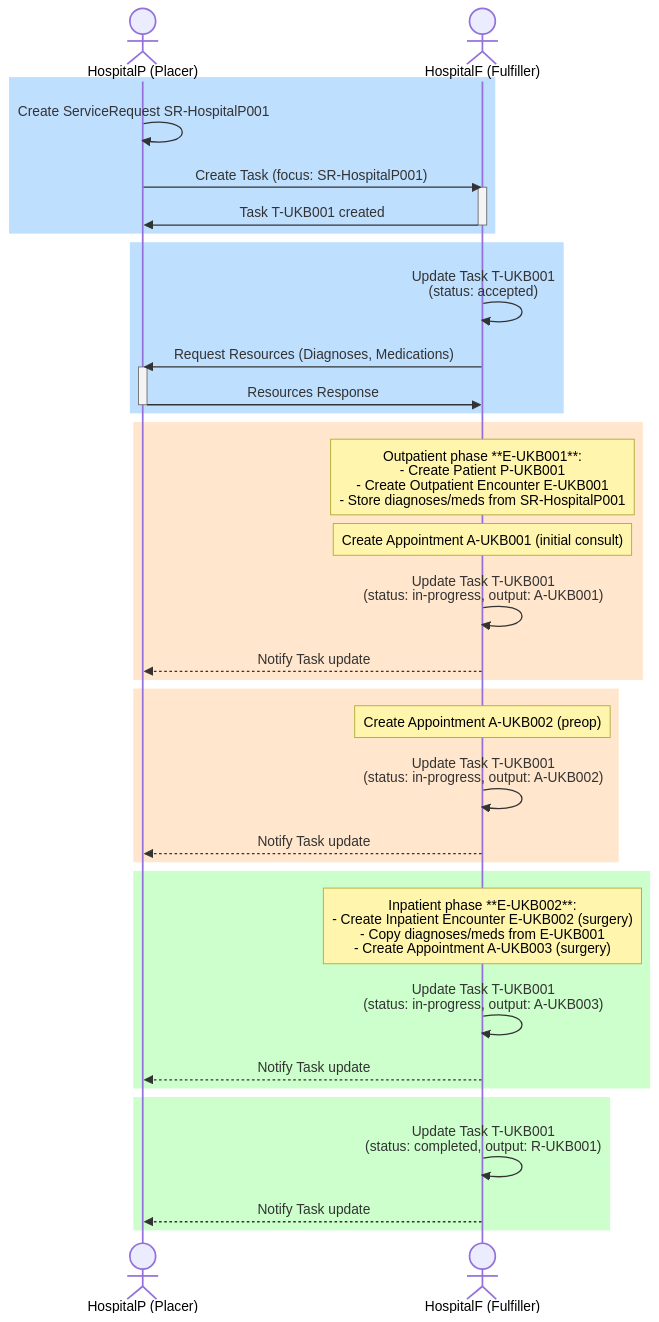
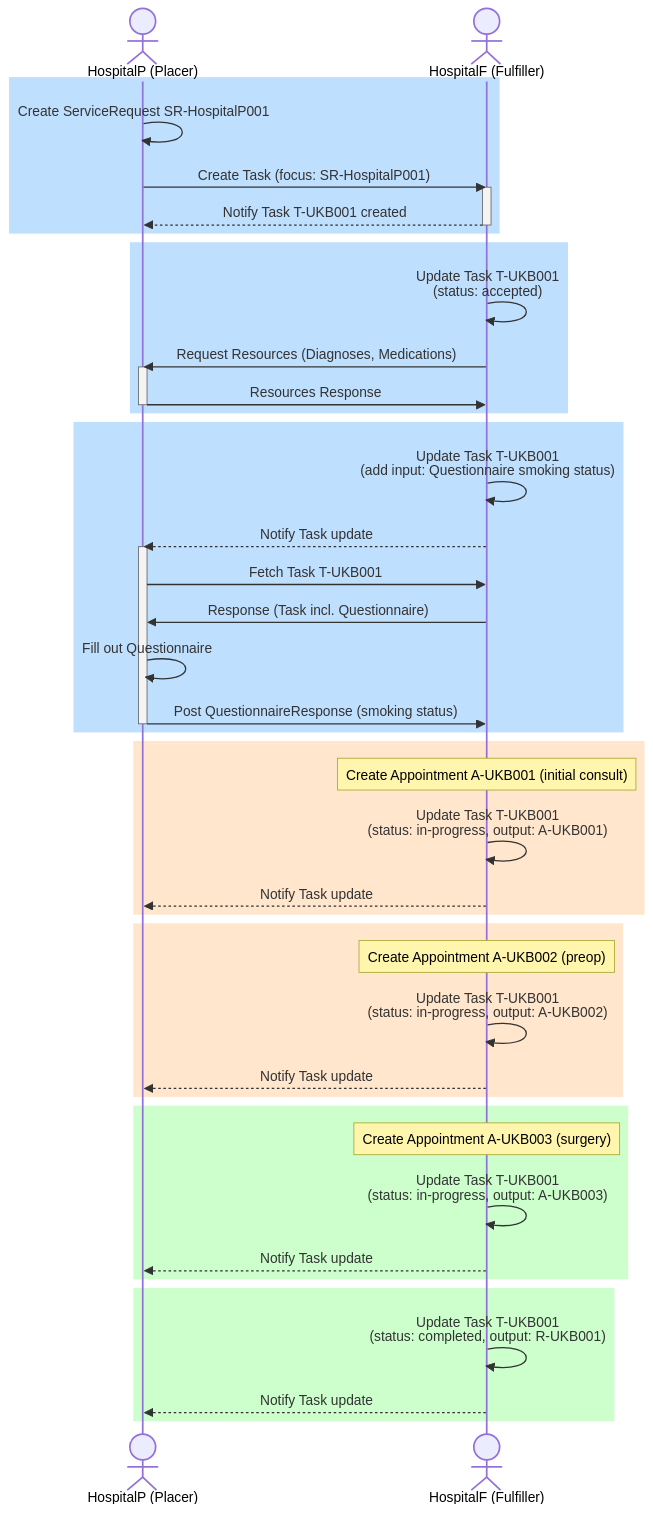
One commit to umzhconnect/umzhconnect-ig changed the diagram in input/pagecontent/usecase-referral-orthopedic.md. Above: the diagram before and after it, drawn with Mermaid. The commit also changed other lines of this file and 5 other files, not shown here.

````diff
--- a/input/pagecontent/usecase-referral-orthopedic.md
+++ b/input/pagecontent/usecase-referral-orthopedic.md
@@ -10,46 +18,56 @@
 ```mermaid
 sequenceDiagram
     actor HospitalP as HospitalP (Placer)
     actor HospitalF as HospitalF (Fulfiller)
     
     rect rgb(191, 223, 255)
     HospitalP->>HospitalP: Create ServiceRequest SR-HospitalP001
     HospitalP->>HospitalF: Create Task (focus: SR-HospitalP001)
     activate HospitalF
-    HospitalF->>HospitalP: Task T-UKB001 created
+    HospitalF-->>HospitalP: Notify Task T-UKB001 created
     deactivate HospitalF
     end
     
     rect rgb(191, 223, 255)
     HospitalF->>HospitalF: Update Task T-UKB001<br/>(status: accepted)
     HospitalF->>HospitalP: Request Resources (Diagnoses, Medications)
     activate HospitalP
     HospitalP->>HospitalF: Resources Response
     deactivate HospitalP
     end
     
+    rect rgb(191, 223, 255)
+    HospitalF->>HospitalF: Update Task T-UKB001<br/>(add input: Questionnaire smoking status)
+    HospitalF-->>HospitalP: Notify Task update
+    activate HospitalP
+    HospitalP->>HospitalF: Fetch Task T-UKB001
+    HospitalF->>HospitalP: Response (Task incl. Questionnaire)
+    HospitalP->>HospitalP: Fill out Questionnaire
+    HospitalP->>HospitalF: Post QuestionnaireResponse (smoking status)
+    deactivate HospitalP
+    end
+    
     rect rgb(255, 230, 204)
-    Note over HospitalF: Outpatient phase **E-UKB001**:<br/>- Create Patient P-UKB001<br/>- Create Outpatient Encounter E-UKB001<br/>- Store diagnoses/meds from SR-HospitalP001
     Note over HospitalF: Create Appointment A-UKB001 (initial consult)
     HospitalF->>HospitalF: Update Task T-UKB001<br/>(status: in-progress, output: A-UKB001)
     HospitalF-->>HospitalP: Notify Task update
     end
 
     rect rgb(255, 230, 204)
     Note over HospitalF: Create Appointment A-UKB002 (preop)
     HospitalF->>HospitalF: Update Task T-UKB001<br/>(status: in-progress, output: A-UKB002)
     HospitalF-->>HospitalP: Notify Task update
     end
 
     rect rgb(204, 255, 204)
-    Note over HospitalF: Inpatient phase **E-UKB002**:<br/>- Create Inpatient Encounter E-UKB002 (surgery)<br/>- Copy diagnoses/meds from E-UKB001<br/>- Create Appointment A-UKB003 (surgery)
+    Note over HospitalF: Create Appointment A-UKB003 (surgery)
     HospitalF->>HospitalF: Update Task T-UKB001<br/>(status: in-progress, output: A-UKB003)
     HospitalF-->>HospitalP: Notify Task update
     end
     
     rect rgb(204, 255, 204)
     HospitalF->>HospitalF: Update Task T-UKB001<br/>(status: completed, output: R-UKB001)
     HospitalF-->>HospitalP: Notify Task update
     end
 
 ```
````
